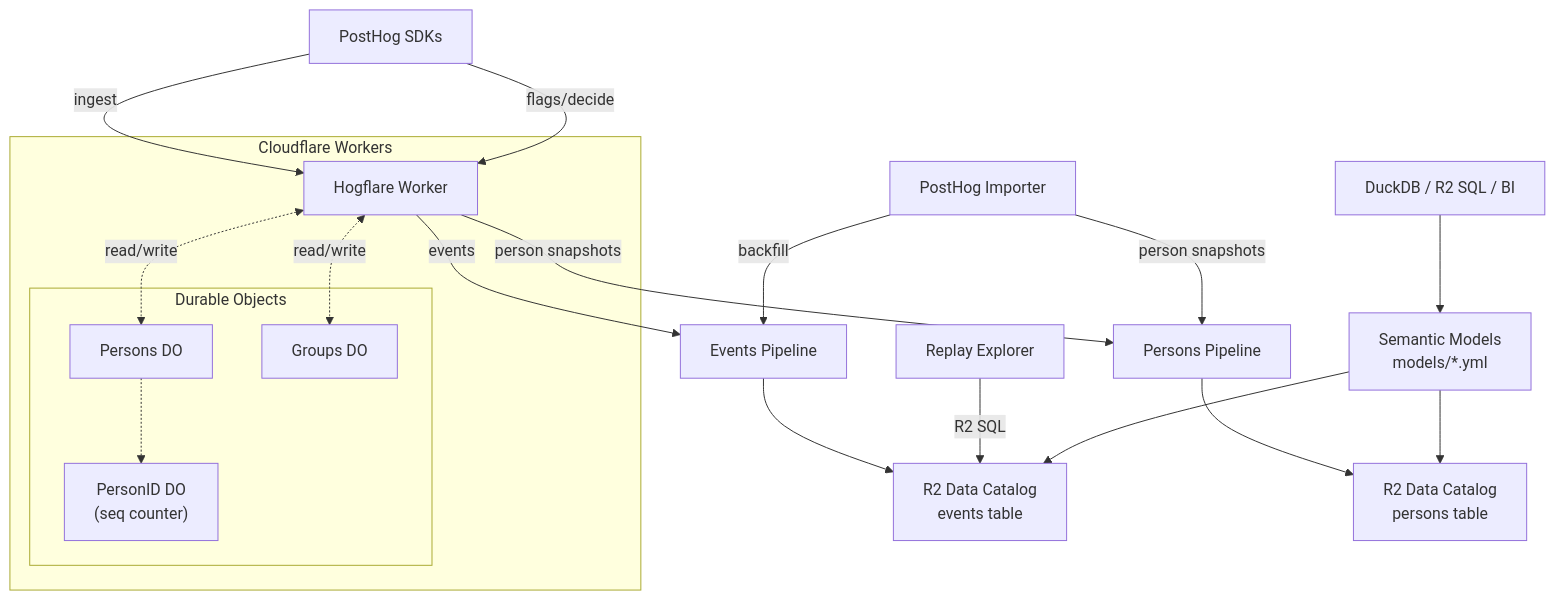
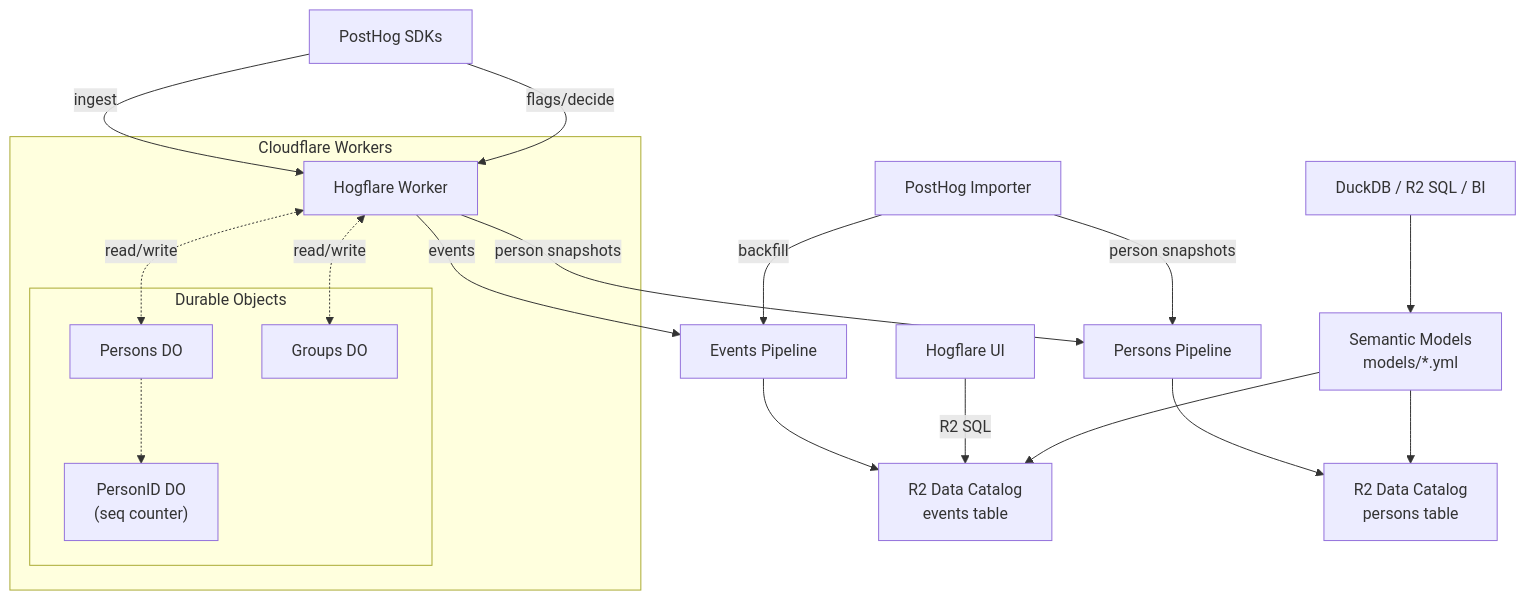
The diagram in README.md (sidequery/hogflare), drawn with Mermaid before and after one commit. The commit also changed 2 other files, not shown here.

Commit message:
Rename app shell to Hogflare

````diff
--- a/README.md
+++ b/README.md
@@ -45,34 +45,34 @@
 ```mermaid
 flowchart TB
     SDKs["PostHog SDKs"]
     Importer["PostHog Importer"]
 
     SDKs -->|"ingest"| Worker
     SDKs -->|"flags/decide"| Worker
     Importer -->|"backfill"| EventsPipeline
     Importer -->|"person snapshots"| PersonsPipeline
 
     subgraph CF["Cloudflare Workers"]
         Worker["Hogflare Worker"]
 
         subgraph DOs["Durable Objects"]
             PersonsDO["Persons DO"]
             PersonIdDO["PersonID DO<br/>(seq counter)"]
             GroupsDO["Groups DO"]
         end
 
         Worker <-.->|"read/write"| PersonsDO
         Worker <-.->|"read/write"| GroupsDO
         PersonsDO -.-> PersonIdDO
     end
 
     Worker -->|"events"| EventsPipeline["Events Pipeline"]
     Worker -->|"person snapshots"| PersonsPipeline["Persons Pipeline"]
     EventsPipeline --> EventsR2["R2 Data Catalog<br/>events table"]
     PersonsPipeline --> PersonsR2["R2 Data Catalog<br/>persons table"]
 
-    ReplayUI["Replay Explorer"] -->|"R2 SQL"| EventsR2
+    WebUI["Hogflare UI"] -->|"R2 SQL"| EventsR2
     Models["Semantic Models<br/>models/*.yml"] --> EventsR2
     Models --> PersonsR2
     Consumers["DuckDB / R2 SQL / BI"] --> Models
 ```
````
